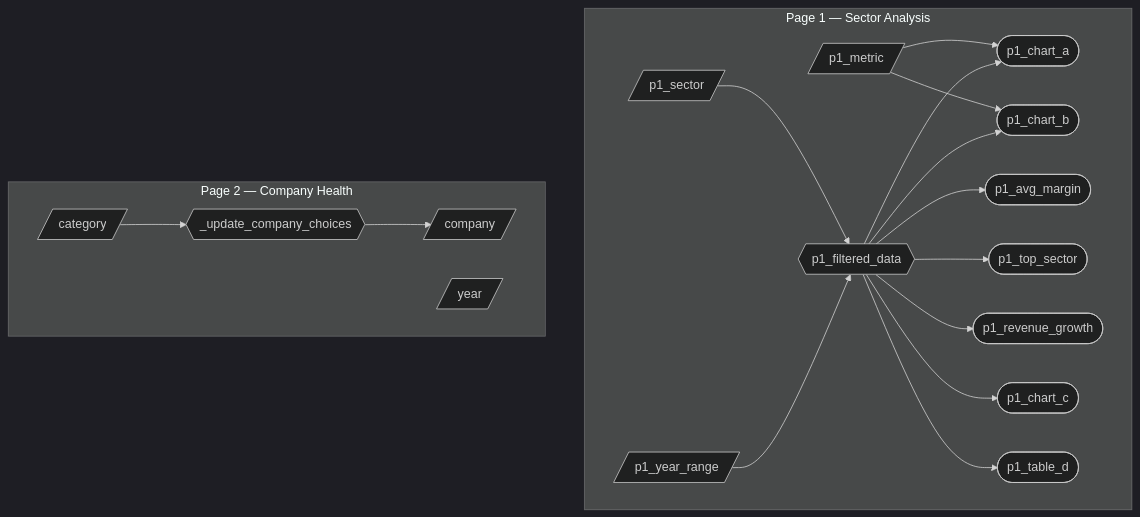
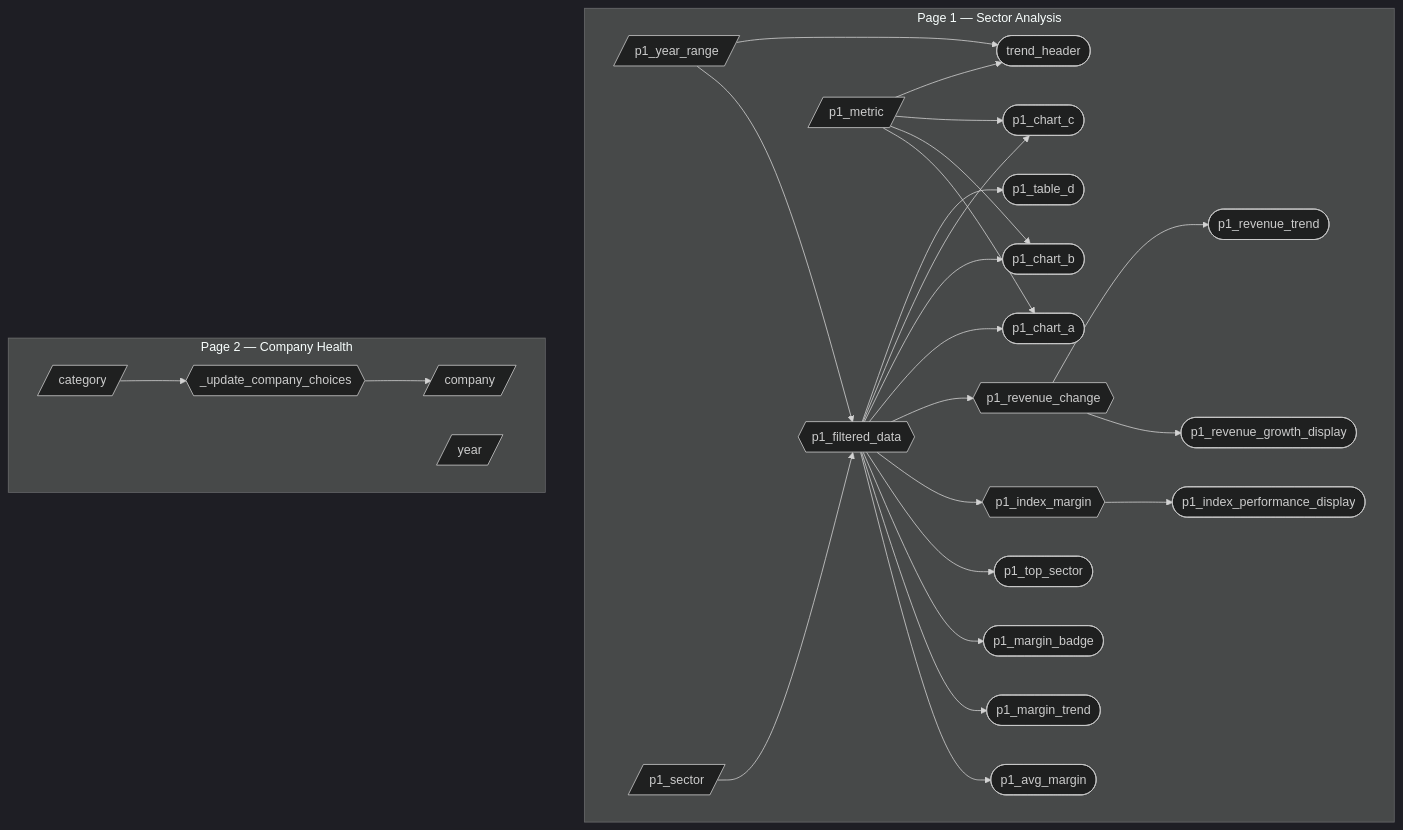
The diagram in reports/m2_spec.md (jiroamato/DSCI-532_2026_33_fin-health), drawn with Mermaid (dark theme) before and after one commit. The commit also changed other lines of this file, not shown here.

````diff
--- a/reports/m2_spec.md
+++ b/reports/m2_spec.md
@@ -54,22 +63,31 @@
 ```mermaid
 flowchart TD
     subgraph S1 ["Page 1 — Sector Analysis"]
         A[/p1_year_range/] --> F{{p1_filtered_data}}
         B[/p1_sector/] --> F
+        F --> P3([p1_avg_margin])
+        F --> P3t([p1_margin_trend])
+        F --> P3b([p1_margin_badge])
+        F --> P4([p1_top_sector])
+        F --> IX{{p1_index_margin}}
+        IX --> IXD([p1_index_performance_display])
+        F --> RC{{p1_revenue_change}}
+        RC --> RGD([p1_revenue_growth_display])
+        RC --> RT([p1_revenue_trend])
         F --> P1([p1_chart_a])
         F --> P2([p1_chart_b])
-        F --> P3([p1_avg_margin])
-        F --> P4([p1_top_sector])
-        F --> P5([p1_revenue_growth])
         F --> P6([p1_chart_c])
         F --> P7([p1_table_d])
         C[/p1_metric/] --> P1
         C --> P2
+        C --> P6
+        A --> TH([trend_header])
+        C --> TH
     end
 
     subgraph S2 ["Page 2 — Company Health"]
         D[/category/] --> E{{_update_company_choices}}
         E --> G[/company/]
         H[/year/]
     end
 ```
````
